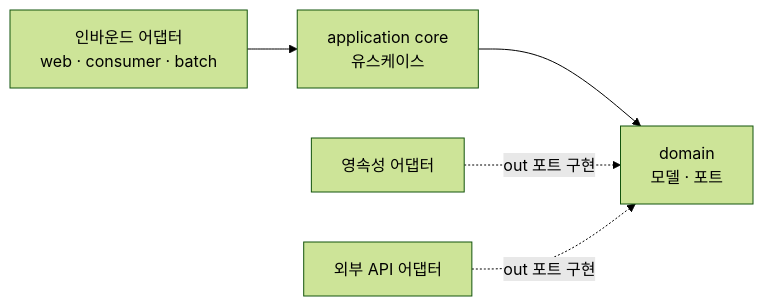
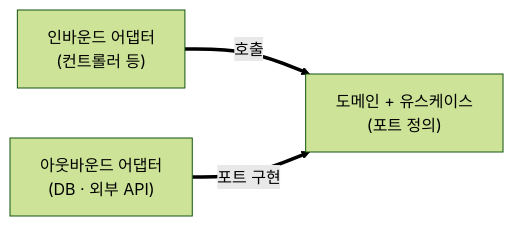
The second of 3 diagrams in blog/2026-08-24-hexagonal-multimodule.mdx (johnycho/johny-dev), drawn with Mermaid (forest theme) before and after one commit. The commit also changed other lines of this file and 5 other files, not shown here.

````diff
--- a/blog/2026-08-24-hexagonal-multimodule.mdx
+++ b/blog/2026-08-24-hexagonal-multimodule.mdx
@@ -83,7 +159,5 @@
 ```mermaid
 flowchart LR
-  IN["인바운드 어댑터<br/>web · consumer · batch"] --> C["application core<br/>유스케이스"]
-  C --> D["domain<br/>모델 · 포트"]
-  PERS["영속성 어댑터"] -. out 포트 구현 .-> D
-  EXT["외부 API 어댑터"] -. out 포트 구현 .-> D
+  IN["인바운드 어댑터<br/>(컨트롤러 등)"] ==>|호출| CORE["도메인 + 유스케이스<br/>(포트 정의)"]
+  OUT["아웃바운드 어댑터<br/>(DB · 외부 API)"] ==>|포트 구현| CORE
 ```
````
